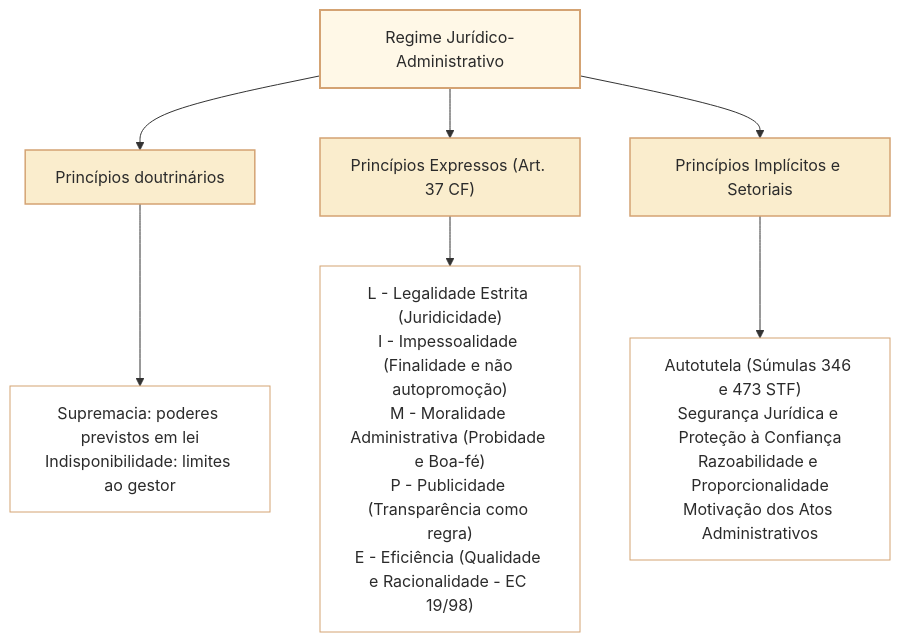
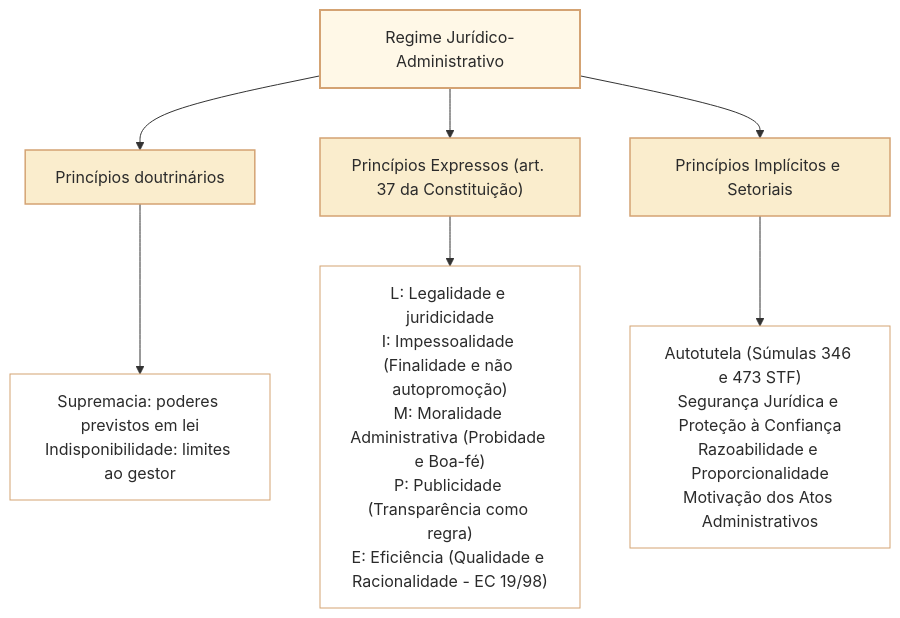
Before and after one commit to leorruas/concursos: the diagram in 3 - Materias/Direito Administrativo/01 - principios e lei de acesso a informacao.md, drawn with Mermaid. The commit also changed other lines of this file and 3 other files, not shown here.

````diff
--- a/3 - Materias/Direito Administrativo/01 - principios e lei de acesso a informacao.md
+++ b/3 - Materias/Direito Administrativo/01 - principios e lei de acesso a informacao.md
@@ -31,14 +26,14 @@
 ```mermaid
 graph TD
     classDef raiz fill:#fff8e7,stroke:#d4a373,stroke-width:2px,color:#2b2b2b;
     classDef criterio fill:#faedcd,stroke:#d4a373,stroke-width:1.5px,color:#2b2b2b;
     classDef opcao fill:#ffffff,stroke:#d4a373,stroke-width:1px,color:#2b2b2b;
 
     R["Regime Jurídico-Administrativo"]:::raiz --> C1["Princípios doutrinários"]:::criterio
-    R --> C2["Princípios Expressos (Art. 37 CF)"]:::criterio
+    R --> C2["Princípios Expressos (art. 37 da Constituição)"]:::criterio
     R --> C3["Princípios Implícitos e Setoriais"]:::criterio
 
     C1 --> O1["Supremacia: poderes previstos em lei<br/>Indisponibilidade: limites ao gestor"]:::opcao
-    C2 --> O2["L - Legalidade Estrita (Juridicidade)<br/>I - Impessoalidade (Finalidade e não autopromoção)<br/>M - Moralidade Administrativa (Probidade e Boa-fé)<br/>P - Publicidade (Transparência como regra)<br/>E - Eficiência (Qualidade e Racionalidade - EC 19/98)"]:::opcao
+    C2 --> O2["L: Legalidade e juridicidade<br/>I: Impessoalidade (Finalidade e não autopromoção)<br/>M: Moralidade Administrativa (Probidade e Boa-fé)<br/>P: Publicidade (Transparência como regra)<br/>E: Eficiência (Qualidade e Racionalidade - EC 19/98)"]:::opcao
     C3 --> O3["Autotutela (Súmulas 346 e 473 STF)<br/>Segurança Jurídica e Proteção à Confiança<br/>Razoabilidade e Proporcionalidade<br/>Motivação dos Atos Administrativos"]:::opcao
 ```
````
